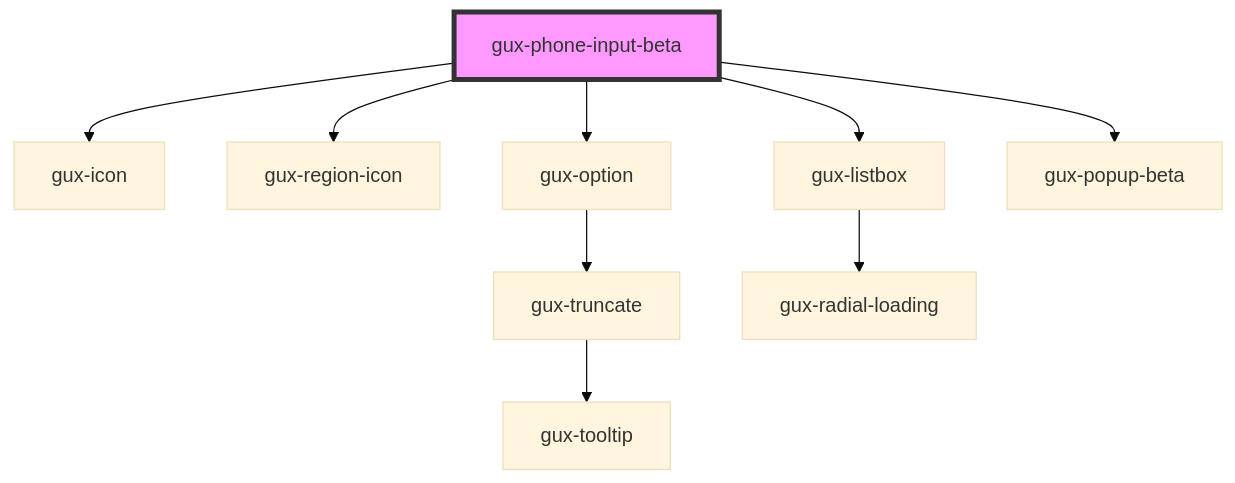
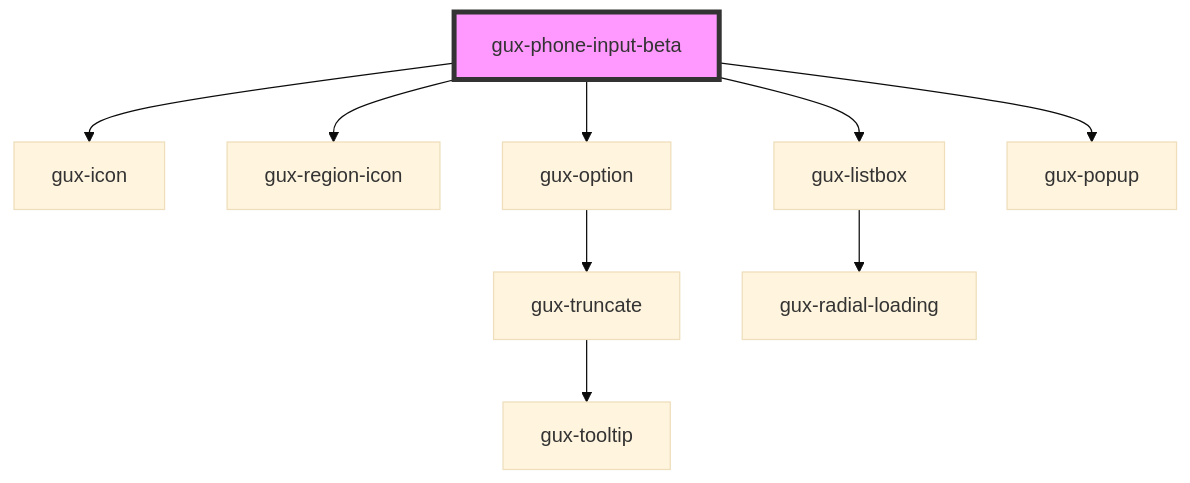
One commit to MyPureCloud/genesys-spark changed the diagram in packages/genesys-spark-components/src/components/beta/gux-phone-input/readme.md. Above: the diagram before and after it, drawn with Mermaid (base theme). The commit also changed other lines of this file and 62 other files, not shown here.

First line of the commit message:
refactor(popup): moved popup beta version to stable

````diff
--- a/packages/genesys-spark-components/src/components/beta/gux-phone-input/readme.md
+++ b/packages/genesys-spark-components/src/components/beta/gux-phone-input/readme.md
@@ -40,12 +40,12 @@
 ```mermaid
 graph TD;
   gux-phone-input-beta --> gux-icon
   gux-phone-input-beta --> gux-region-icon
   gux-phone-input-beta --> gux-option
   gux-phone-input-beta --> gux-listbox
-  gux-phone-input-beta --> gux-popup-beta
+  gux-phone-input-beta --> gux-popup
   gux-option --> gux-truncate
   gux-truncate --> gux-tooltip
   gux-listbox --> gux-radial-loading
   style gux-phone-input-beta fill:#f9f,stroke:#333,stroke-width:4px
 ```
````
